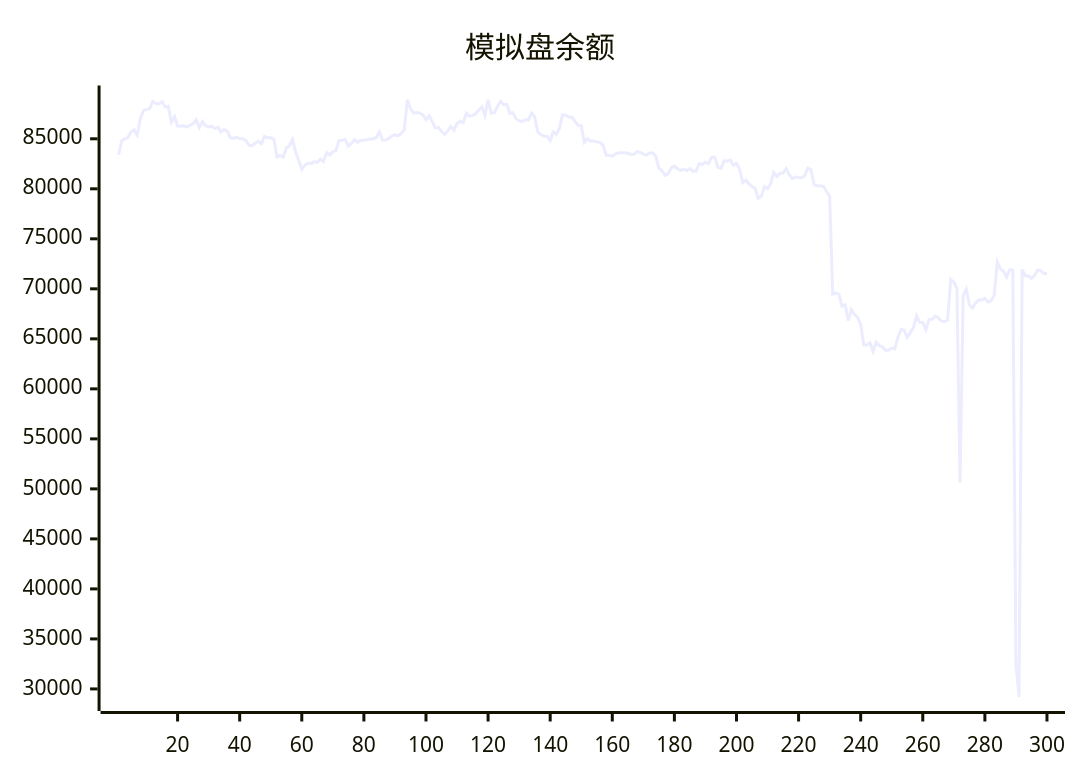
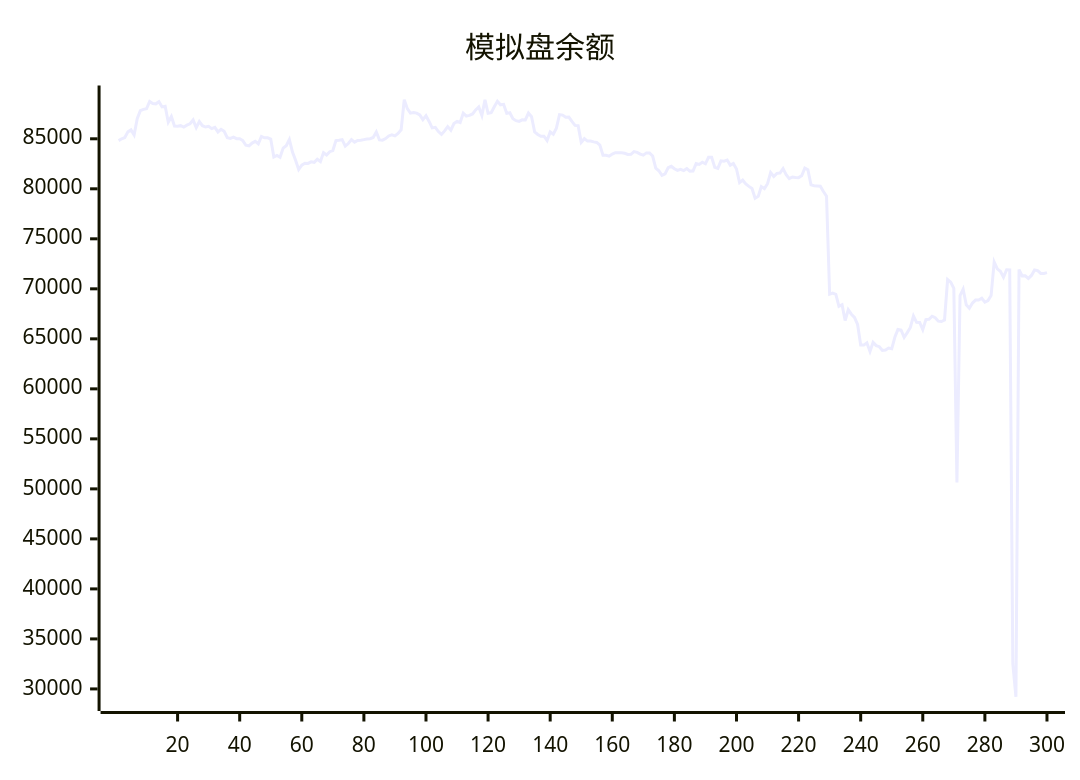
One commit to aahl/ai-trading changed the diagram in README.md. Above: the diagram before and after it, drawn with Mermaid. The commit also changed other lines of this file and 1 other file, not shown here.

````diff
--- a/README.md
+++ b/README.md
@@ -5,5 +5,5 @@
 ```mermaid
 xychart
     title "模拟盘余额"
-    line [83410,84816,85001,85127,85693,85891,85384,87001,87811,87945,88007,88734,88528,88495,88705,88189,88248,86662,87234,86279,86251,86314,86177,86364,86503,86886,86114,86731,86310,86176,86240,86017,86136,85685,85938,85749,85111,85044,85164,85016,85008,84824,84354,84287,84572,84745,84500,85234,85096,85095,84970,83180,83338,83157,84070,84309,84922,83667,82850,81924,82369,82552,82539,82695,82648,82962,82728,83619,83378,83710,83825,84819,84854,84917,84265,84527,84919,84668,84834,84850,84916,84981,85004,85131,85674,84891,84864,85019,85284,85393,85294,85538,85894,88904,88012,87567,87625,87568,87386,86920,87313,86737,86094,86143,85725,85437,85787,86219,85859,86526,86740,86630,87563,87264,87335,87483,87886,88180,87335,88894,87544,87608,88207,88755,88401,88444,87543,87608,87000,86810,86740,86894,86884,87576,87209,85686,85435,85251,85255,84820,85689,85453,86066,87420,87373,87161,87178,86740,86341,86315,84643,85012,84772,84768,84690,84635,84376,83360,83357,83259,83474,83608,83606,83602,83548,83440,83454,83724,83644,83464,83365,83590,83592,83275,82072,81806,81344,81492,82109,82254,82006,81848,81955,81829,82022,81769,81776,82522,82441,82656,82498,83144,83144,82150,82038,82797,82763,82872,82367,82536,81981,80612,80862,80484,80242,80034,79063,79245,80226,80016,80507,81625,81233,81544,81578,82016,81401,81019,81186,81130,81118,81306,82066,81909,80392,80304,80291,80258,79729,79261,69466,69579,69456,68251,68415,66832,67911,67462,67144,66432,64380,64375,64606,63740,64647,64324,64216,63842,63877,64078,64008,65156,65945,65888,65157,65625,66144,67284,66653,66639,65924,66925,66956,67263,67108,66766,66729,66886,70927,70673,70049,50652,69334,69973,68400,68061,68578,68876,68879,69055,68662,68822,69329,72687,71999,71760,71162,71911,71896,32500,29218,71927,71297,71305,71044,71337,71883,71822,71536,71536]
+    line [84816,85001,85127,85693,85891,85384,87001,87811,87945,88007,88734,88528,88495,88705,88189,88248,86662,87234,86279,86251,86314,86177,86364,86503,86886,86114,86731,86310,86176,86240,86017,86136,85685,85938,85749,85111,85044,85164,85016,85008,84824,84354,84287,84572,84745,84500,85234,85096,85095,84970,83180,83338,83157,84070,84309,84922,83667,82850,81924,82369,82552,82539,82695,82648,82962,82728,83619,83378,83710,83825,84819,84854,84917,84265,84527,84919,84668,84834,84850,84916,84981,85004,85131,85674,84891,84864,85019,85284,85393,85294,85538,85894,88904,88012,87567,87625,87568,87386,86920,87313,86737,86094,86143,85725,85437,85787,86219,85859,86526,86740,86630,87563,87264,87335,87483,87886,88180,87335,88894,87544,87608,88207,88755,88401,88444,87543,87608,87000,86810,86740,86894,86884,87576,87209,85686,85435,85251,85255,84820,85689,85453,86066,87420,87373,87161,87178,86740,86341,86315,84643,85012,84772,84768,84690,84635,84376,83360,83357,83259,83474,83608,83606,83602,83548,83440,83454,83724,83644,83464,83365,83590,83592,83275,82072,81806,81344,81492,82109,82254,82006,81848,81955,81829,82022,81769,81776,82522,82441,82656,82498,83144,83144,82150,82038,82797,82763,82872,82367,82536,81981,80612,80862,80484,80242,80034,79063,79245,80226,80016,80507,81625,81233,81544,81578,82016,81401,81019,81186,81130,81118,81306,82066,81909,80392,80304,80291,80258,79729,79261,69466,69579,69456,68251,68415,66832,67911,67462,67144,66432,64380,64375,64606,63740,64647,64324,64216,63842,63877,64078,64008,65156,65945,65888,65157,65625,66144,67284,66653,66639,65924,66925,66956,67263,67108,66766,66729,66886,70927,70673,70049,50652,69334,69973,68400,68061,68578,68876,68879,69055,68662,68822,69329,72687,71999,71760,71162,71911,71896,32500,29218,71927,71297,71305,71044,71337,71883,71822,71536,71536,71622]
 ```
````
